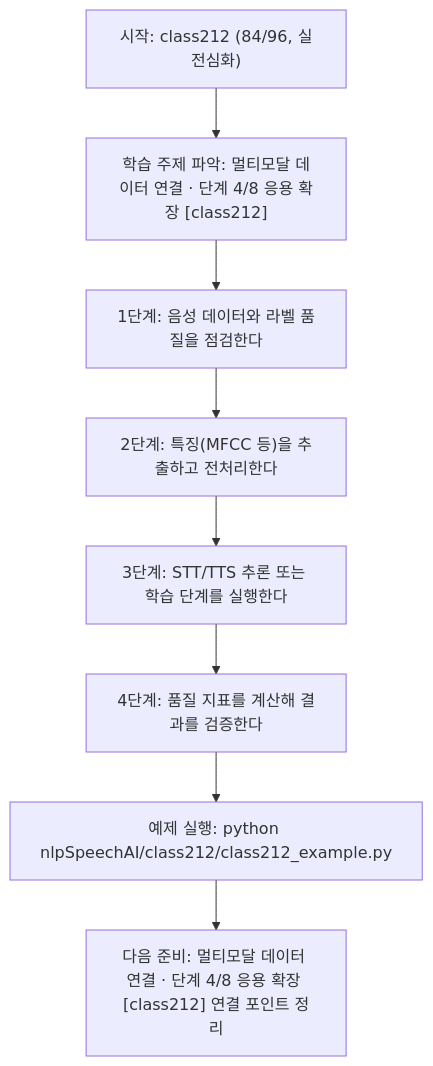
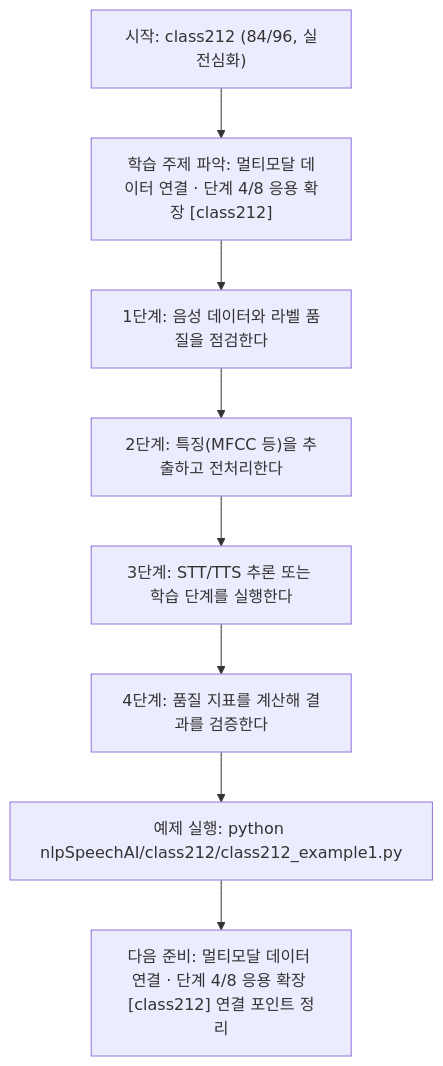
One commit to edumgt/Python-AI_Agent-Class changed the diagram in nlpSpeechAI/class212/class212.md. Above: the diagram before and after it, drawn with Mermaid. The commit also changed other lines of this file and 2959 other files, not shown here.

````diff
--- a/nlpSpeechAI/class212/class212.md
+++ b/nlpSpeechAI/class212/class212.md
@@ -114,18 +114,18 @@
 ```mermaid
 flowchart TD
 N1["시작: class212 (84/96, 실전심화)"]
 N2["학습 주제 파악: 멀티모달 데이터 연결 · 단계 4/8 응용 확장 [class212]"]
 N3["1단계: 음성 데이터와 라벨 품질을 점검한다"]
 N4["2단계: 특징(MFCC 등)을 추출하고 전처리한다"]
 N5["3단계: STT/TTS 추론 또는 학습 단계를 실행한다"]
 N6["4단계: 품질 지표를 계산해 결과를 검증한다"]
-N7["예제 실행: python nlpSpeechAI/class212/class212_example.py"]
+N7["예제 실행: python nlpSpeechAI/class212/class212_example1.py"]
 N8["다음 준비: 멀티모달 데이터 연결 · 단계 4/8 응용 확장 [class212] 연결 포인트 정리"]
 N1 --> N2
 N2 --> N3
 N3 --> N4
 N4 --> N5
 N5 --> N6
 N6 --> N7
 N7 --> N8
 ```
````
